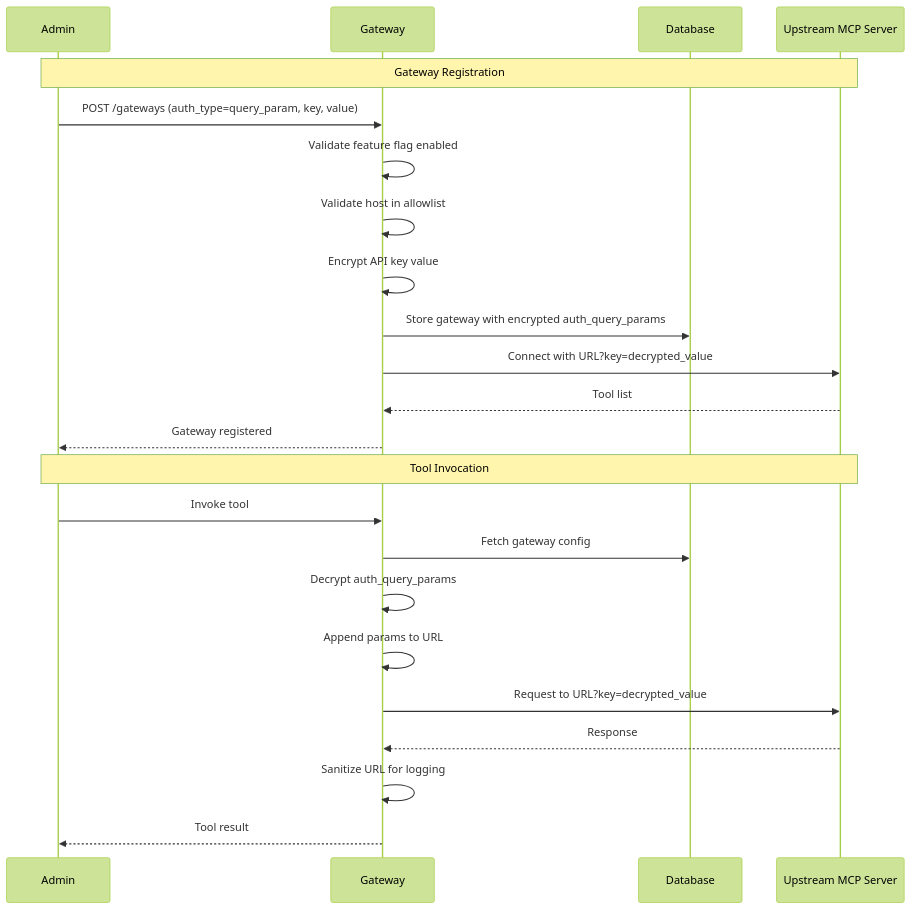
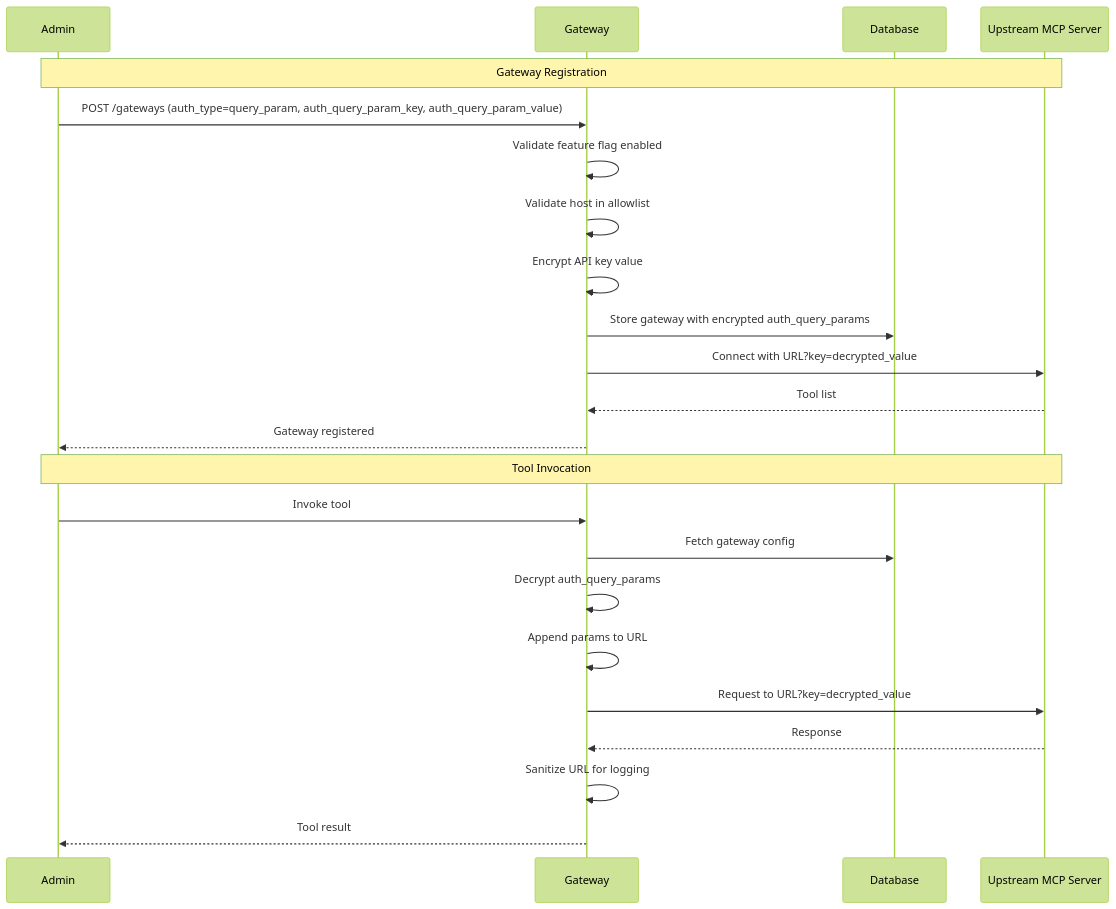
Before and after one commit to tedhabeck/mcp-context-forge: the diagram in docs/docs/architecture/adr/035-query-parameter-authentication.md, drawn with Mermaid (forest theme). The commit also changed other lines of this file and 147 other files, not shown here.

First line of the commit message:
docs: refresh docs formatting, links, and diagrams (#2624)

````diff
--- a/docs/docs/architecture/adr/035-query-parameter-authentication.md
+++ b/docs/docs/architecture/adr/035-query-parameter-authentication.md
@@ -44,27 +44,27 @@
 ```mermaid
 sequenceDiagram
     participant Admin
     participant Gateway
     participant Database
     participant Upstream MCP Server
 
     Note over Admin,Upstream MCP Server: Gateway Registration
-    Admin->>Gateway: POST /gateways (auth_type=query_param, key, value)
+    Admin->>Gateway: POST /gateways (auth_type=query_param, auth_query_param_key, auth_query_param_value)
     Gateway->>Gateway: Validate feature flag enabled
     Gateway->>Gateway: Validate host in allowlist
     Gateway->>Gateway: Encrypt API key value
     Gateway->>Database: Store gateway with encrypted auth_query_params
     Gateway->>Upstream MCP Server: Connect with URL?key=decrypted_value
     Upstream MCP Server-->>Gateway: Tool list
     Gateway-->>Admin: Gateway registered
 
     Note over Admin,Upstream MCP Server: Tool Invocation
     Admin->>Gateway: Invoke tool
     Gateway->>Database: Fetch gateway config
     Gateway->>Gateway: Decrypt auth_query_params
     Gateway->>Gateway: Append params to URL
     Gateway->>Upstream MCP Server: Request to URL?key=decrypted_value
     Upstream MCP Server-->>Gateway: Response
     Gateway->>Gateway: Sanitize URL for logging
     Gateway-->>Admin: Tool result
 ```
````
